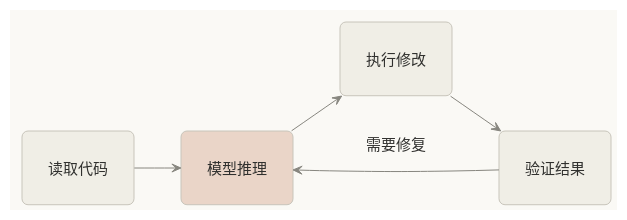
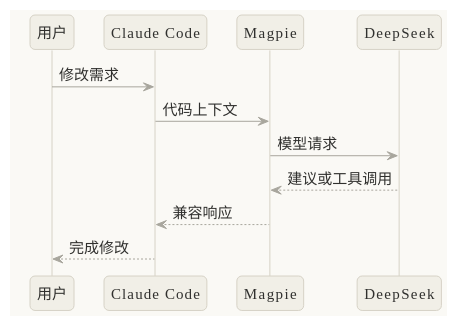
Before and after one commit to i-zrhe2016/blog.zrhe2016.cc: the third of 5 diagrams in src/content/posts/magpie-deepseek-4-1-claude-code.md, drawn with PlantUML. The commit also changed other lines of this file and 5 other files, not shown here.

Commit message:
docs: refine Magpie article diagrams (clean sequence flow, no render warnings)

````diff
--- a/src/content/posts/magpie-deepseek-4-1-claude-code.md
+++ b/src/content/posts/magpie-deepseek-4-1-claude-code.md
@@ -97,32 +91,37 @@
 ```plantuml
 @startuml
 !theme plain
 skinparam backgroundColor #FAF9F5
-skinparam defaultFontName "Noto Sans CJK SC"
+skinparam defaultFontName "Microsoft YaHei"
 skinparam defaultFontSize 15
 skinparam defaultFontColor #30302E
 skinparam shadowing false
-skinparam roundCorner 12
-skinparam padding 16
-skinparam nodesep 40
-skinparam ranksep 45
-skinparam ArrowColor #87867F
+skinparam roundCorner 10
+skinparam ArrowColor #A8A69D
 skinparam ArrowThickness 1
-skinparam rectangle {
-  BackgroundColor #F0EEE6
-  BorderColor #C8C5BB
-  BorderThickness 1
-}
+skinparam rectangleBackgroundColor #F1EFE7
+skinparam rectangleBorderColor #D6D2C6
+skinparam rectangleBorderThickness 1
+skinparam rectanglePadding 14
 hide stereotype
-left to right direction
+skinparam sequenceArrowColor #A8A69D
+skinparam sequenceArrowThickness 1
+skinparam sequenceParticipantBackgroundColor #F1EFE7
+skinparam sequenceParticipantBorderColor #D6D2C6
+skinparam sequenceLifeLineBorderColor #D6D2C6
+skinparam sequenceLifeLineBackgroundColor #FAF9F5
+skinparam sequenceDividerBackgroundColor #FAF9F5
 
-rectangle "读取代码" as A
-rectangle "模型推理" as B #EAD5C8
-rectangle "执行修改" as C
-rectangle "验证结果" as D
-A --> B
-B --> C
-C --> D
-D -up-> B : 需要修复
+participant "用户" as U
+participant "Claude Code" as CC
+participant "Magpie" as M
+participant "DeepSeek" as DS
+
+U -> CC : 修改需求
+CC -> M : 代码上下文
+M -> DS : 模型请求
+DS --> M : 建议或工具调用
+M --> CC : 兼容响应
+CC --> U : 完成修改
 @enduml
 ```
````
